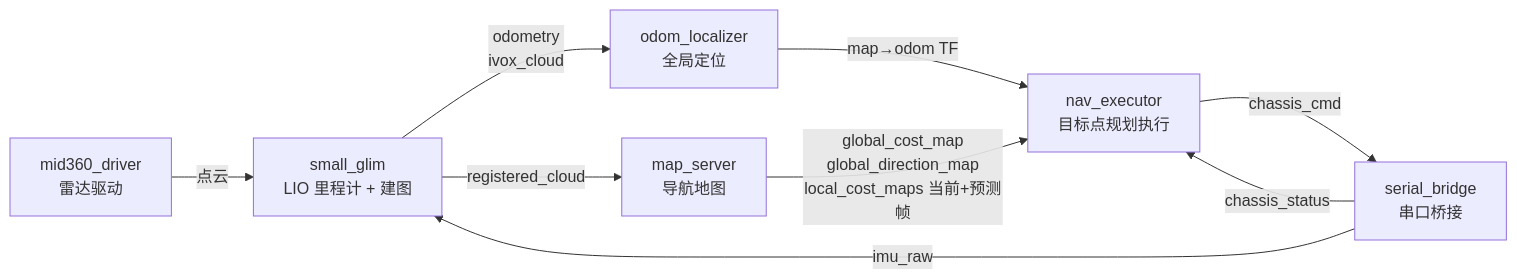
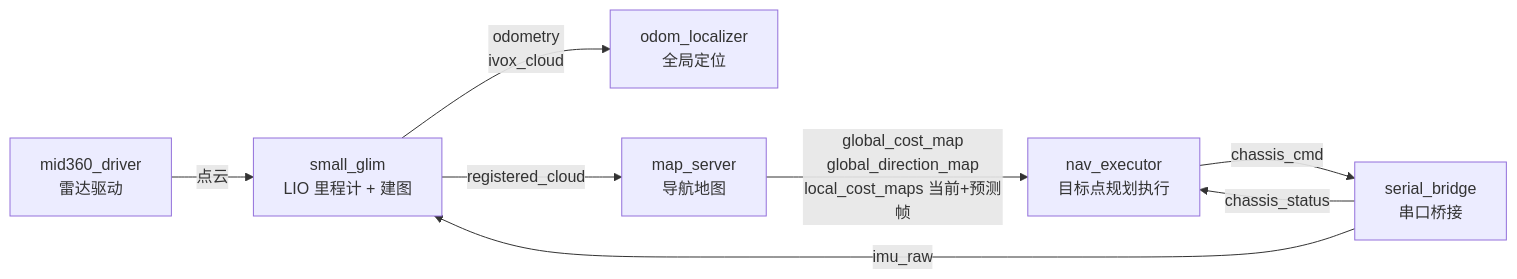
One commit to Polyacetone/HWSentryNav26 changed the first of 6 diagrams in DESIGN.md. Above: the diagram before and after it, drawn with Mermaid. The commit also changed other lines of this file and 4 other files, not shown here.

````diff
--- a/DESIGN.md
+++ b/DESIGN.md
@@ -28,11 +28,10 @@
 ```mermaid
 flowchart LR
     MID[mid360_driver<br/>雷达驱动] -->|点云| SG
     SB[serial_bridge<br/>串口桥接] -->|imu_raw| SG
     SB -->|chassis_status| NAV
     SG[small_glim<br/>LIO 里程计 + 建图] -->|odometry<br/>ivox_cloud| OL[odom_localizer<br/>全局定位]
-    OL -->|map→odom TF| NAV
     SG -->|registered_cloud| MS[map_server<br/>导航地图]
     MS -->|global_cost_map<br/>global_direction_map<br/>local_cost_maps 当前+预测帧| NAV
     NAV[nav_executor<br/>目标点规划执行] -->|chassis_cmd| SB
 ```
````
